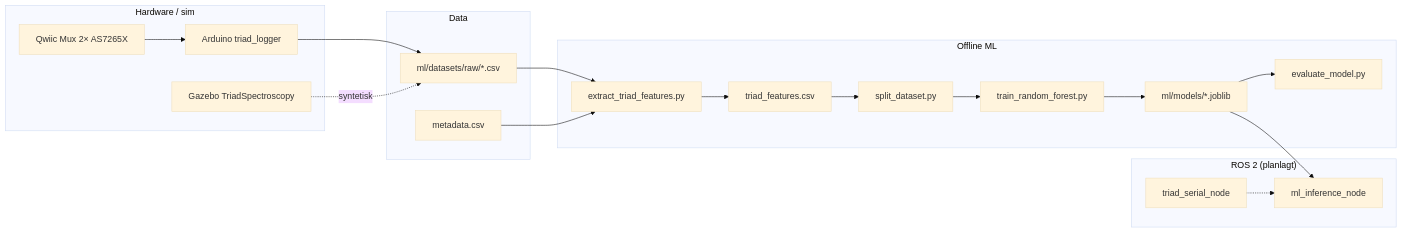
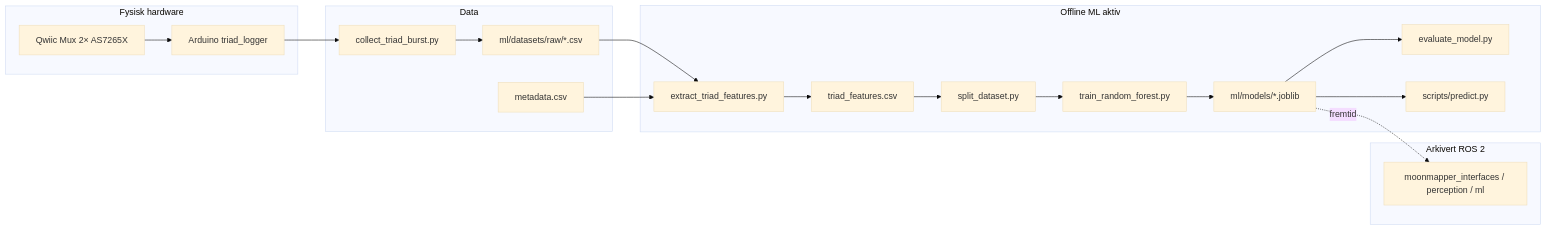
The diagram in maskinlaering.md (farah0897/MoonmapperDT), drawn with Mermaid (base theme) before and after one commit. The commit also changed other lines of this file and 242 other files, not shown here.

````diff
--- a/maskinlaering.md
+++ b/maskinlaering.md
@@ -24,36 +24,36 @@
 ```mermaid
 flowchart LR
-  subgraph hw["Hardware / sim"]
+  subgraph hw["Fysisk hardware"]
     ARD["Arduino triad_logger"]
     MUX["Qwiic Mux 2× AS7265X"]
-    GZ["Gazebo TriadSpectroscopy"]
   end
   subgraph data["Data"]
+    COL["collect_triad_burst.py"]
     RAW["ml/datasets/raw/*.csv"]
     META["metadata.csv"]
   end
-  subgraph ml["Offline ML"]
+  subgraph ml["Offline ML aktiv"]
     EXT["extract_triad_features.py"]
     FEAT["triad_features.csv"]
     SPL["split_dataset.py"]
     TRN["train_random_forest.py"]
     EVA["evaluate_model.py"]
+    PRD["scripts/predict.py"]
     JOB["ml/models/*.joblib"]
   end
-  subgraph ros["ROS 2 (planlagt)"]
-    SER["triad_serial_node"]
-    INF["ml_inference_node"]
+  subgraph arch["Arkivert ROS 2"]
+    ROS["moonmapper_interfaces / perception / ml"]
   end
   MUX --> ARD
-  ARD --> RAW
-  GZ -.->|syntetisk| RAW
+  ARD --> COL
+  COL --> RAW
   RAW --> EXT
   META --> EXT
   EXT --> FEAT
   FEAT --> SPL
   SPL --> TRN
   TRN --> JOB
   JOB --> EVA
-  JOB --> INF
-  SER -.-> INF
+  JOB --> PRD
+  JOB -.->|fremtid| ROS
 ```
````
